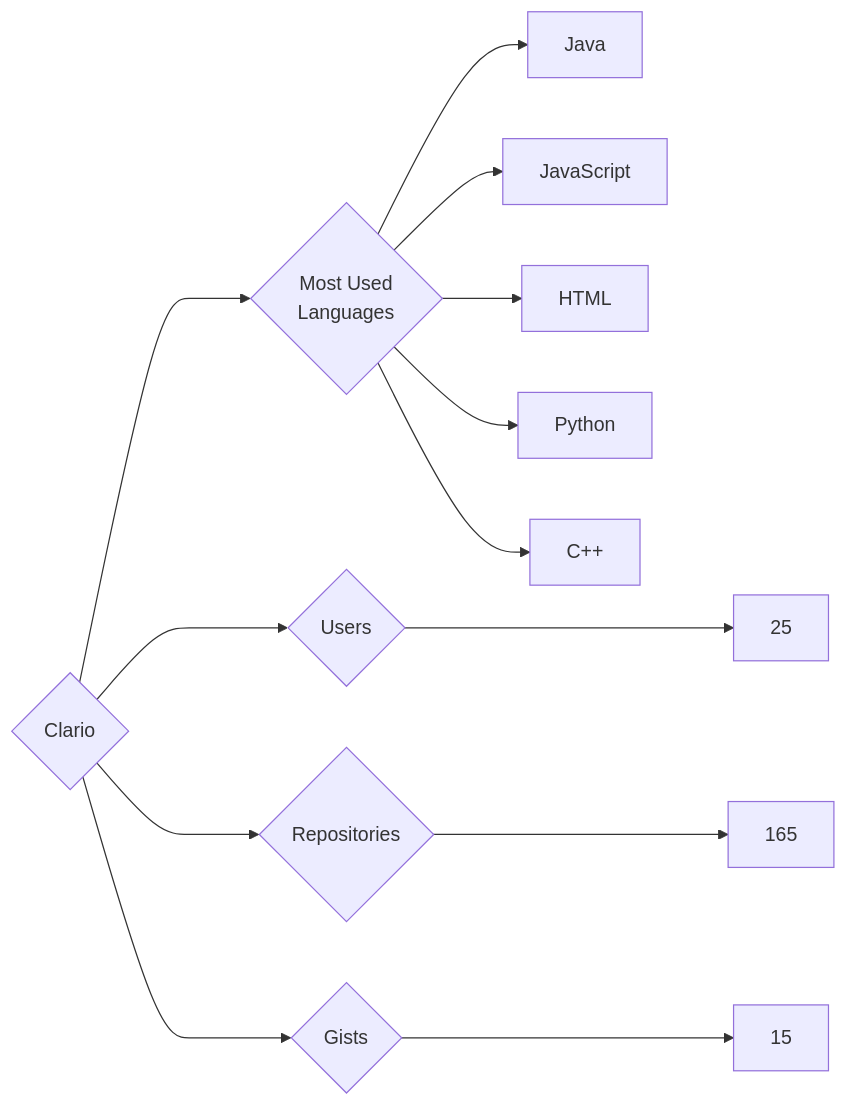
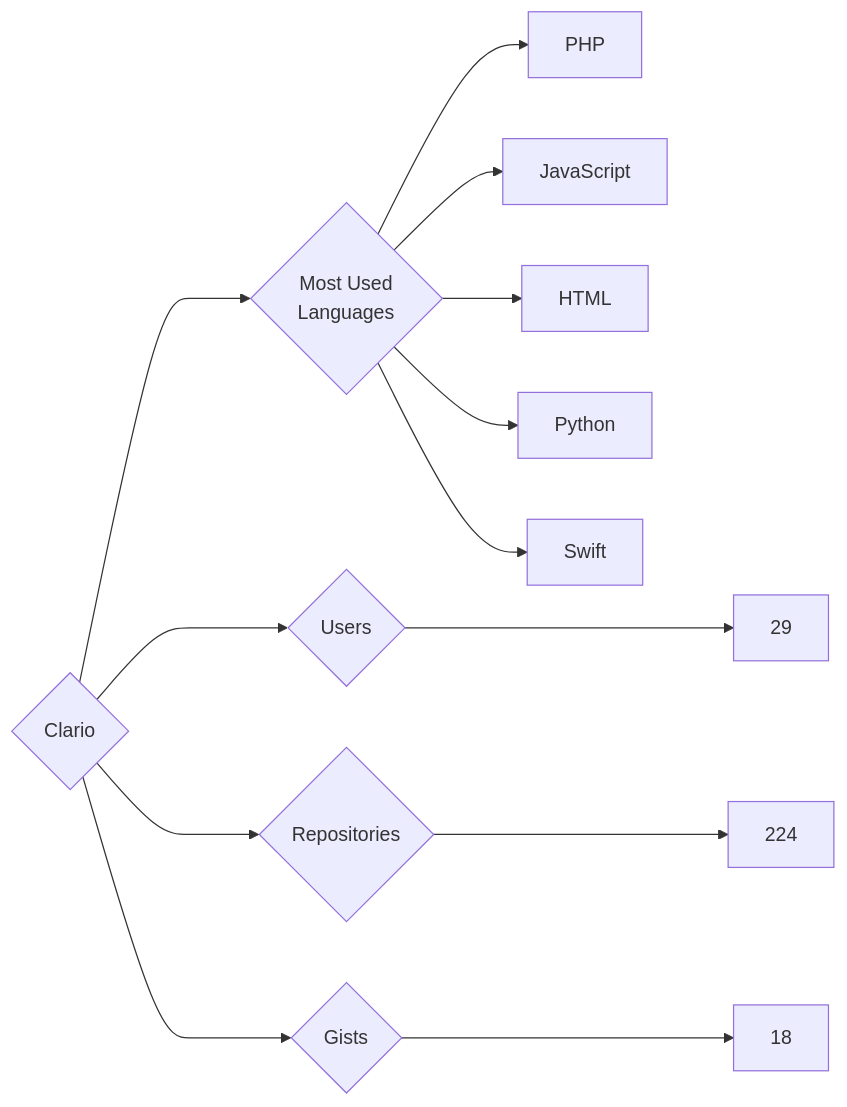
Before and after one commit to trickest/insiders: the diagram in targets/Clario/README.md, drawn with Mermaid. The commit also changed 714 other files, not shown here.

````diff
--- a/targets/Clario/README.md
+++ b/targets/Clario/README.md
@@ -3,13 +3,13 @@
 ```mermaid
 graph LR
 COMPANY_NAME{Clario}
-COMPANY_NAME ---> U{Users} ---> UN[25]
-COMPANY_NAME ---> R{Repositories} ---> RN[165]
-COMPANY_NAME ---> G{Gists} ---> GN[15]
+COMPANY_NAME ---> U{Users} ---> UN[29]
+COMPANY_NAME ---> R{Repositories} ---> RN[224]
+COMPANY_NAME ---> G{Gists} ---> GN[18]
 COMPANY_NAME ---> ML{Most Used<br>Languages}
-ML --> Java[Java]
+ML --> PHP[PHP]
 ML --> JavaScript[JavaScript]
 ML --> HTML[HTML]
 ML --> Python[Python]
-ML --> C++[C++]
+ML --> Swift[Swift]
 ```
````
